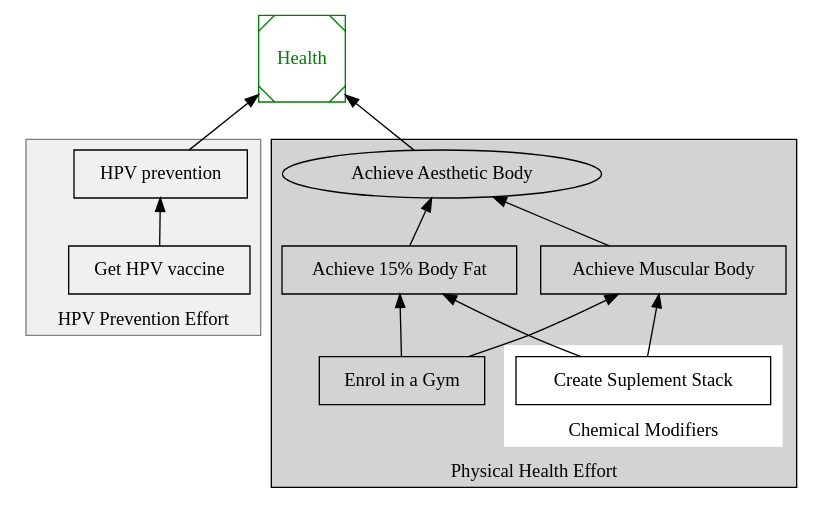
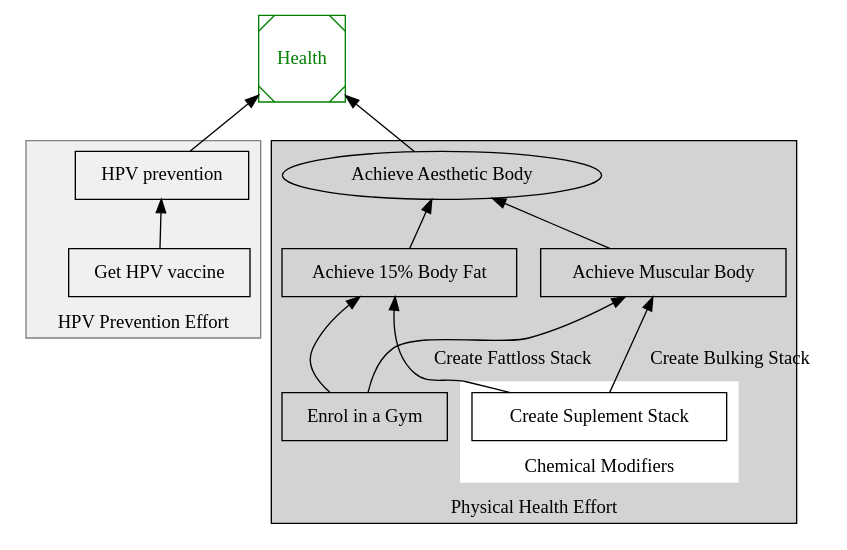
Before and after one commit to igor-mitrovic/Planning: the diagram in Health_P1.dot, drawn with Graphviz.

Commit message:
update health tree

```diff
--- a/Health_P1.dot
+++ b/Health_P1.dot
@@ -1,48 +1,49 @@
 digraph Health {
     rankdir=BT
 
     // Health root node (outside cluster)
     Health [shape=Msquare color=green fontcolor=green];
     Health [root="true"]
 
     // Cluster for HPV-related actions
     subgraph cluster_hpv_effort {
         label="HPV Prevention Effort"
         labeljust="c"
         style="filled"
         color=gray
         fillcolor="#f0f0f0"
         "HPV prevention" [shape=box]
         "Get HPV vaccine" [shape=box]
         "Get HPV vaccine" -> "HPV prevention"
         "HPV prevention"
     }
 
     subgraph cluster_physical_health_effort {
         label="Physical Health Effort"
         labeljust="c"
         style="filled"
 
         "Enrol in a Gym" [shape=box]
         "Achieve 15% Body Fat" [shape=box]
         "Achieve Muscular Body" [shape=box]
         "Enrol in a Gym" -> "Achieve 15% Body Fat"
         "Achieve 15% Body Fat" -> "Achieve Aesthetic Body"
         "Achieve Muscular Body" -> "Achieve Aesthetic Body"
         "Enrol in a Gym" -> "Achieve Muscular Body"
 
         subgraph cluster_chemods{
                 label="Chemical Modifiers"
                 labeljust="c"
                 style="filled"
                 color="white"
 
                 chemmod1 [label="Create Suplement Stack"]  [shape=box]
         }
-        chemmod1->"Achieve Muscular Body","Achieve 15% Body Fat"
+        chemmod1-> "Achieve Muscular Body" [label="Create Bulking Stack"]
+        chemmod1-> "Achieve 15% Body Fat" [label="Create Fattloss Stack"]
     }
     // Edge connecting cluster to Health
     "HPV prevention" -> Health
     "Achieve Aesthetic Body" -> Health
 
 }
```
